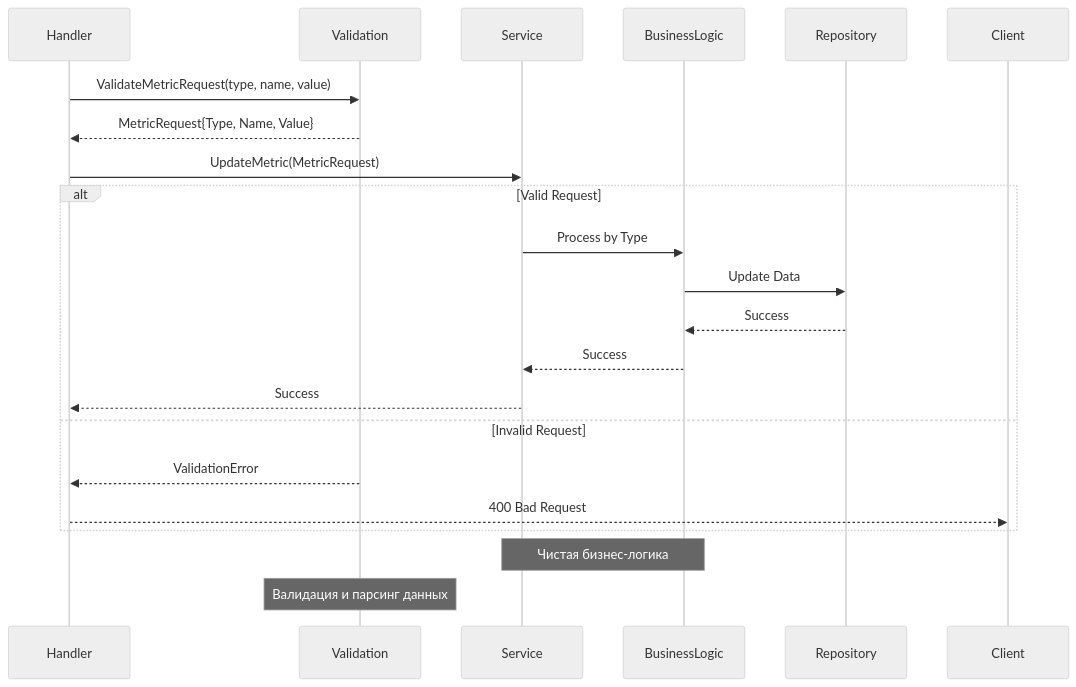
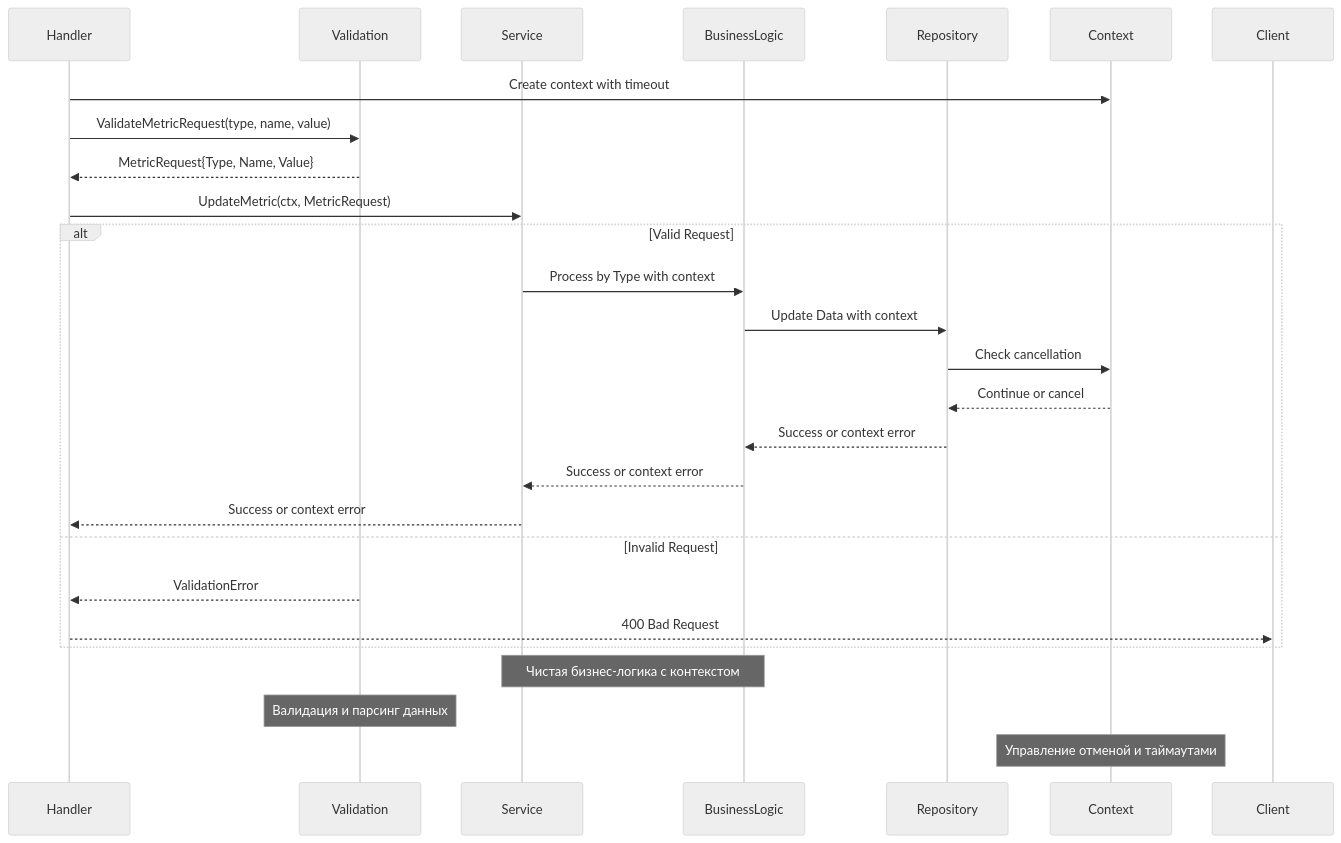
One commit to IgorKilipenko/metrical changed the second of 2 diagrams in internal/service/README.md. Above: the diagram before and after it, drawn with Mermaid (neutral theme). The commit also changed other lines of this file and 10 other files, not shown here.

First line of the commit message:
refactor: integrate context support into metrics handling and repository

````diff
--- a/internal/service/README.md
+++ b/internal/service/README.md
@@ -70,26 +74,31 @@
 ```mermaid
 sequenceDiagram
     participant Handler
     participant Validation
     participant Service
     participant BusinessLogic
     participant Repository
+    participant Context
     
+    Handler->>Context: Create context with timeout
     Handler->>Validation: ValidateMetricRequest(type, name, value)
     Validation-->>Handler: MetricRequest{Type, Name, Value}
-    Handler->>Service: UpdateMetric(MetricRequest)
+    Handler->>Service: UpdateMetric(ctx, MetricRequest)
     
     alt Valid Request
-        Service->>BusinessLogic: Process by Type
-        BusinessLogic->>Repository: Update Data
-        Repository-->>BusinessLogic: Success
-        BusinessLogic-->>Service: Success
-        Service-->>Handler: Success
+        Service->>BusinessLogic: Process by Type with context
+        BusinessLogic->>Repository: Update Data with context
+        Repository->>Context: Check cancellation
+        Context-->>Repository: Continue or cancel
+        Repository-->>BusinessLogic: Success or context error
+        BusinessLogic-->>Service: Success or context error
+        Service-->>Handler: Success or context error
     else Invalid Request
         Validation-->>Handler: ValidationError
         Handler-->>Client: 400 Bad Request
     end
     
-    Note over Service,BusinessLogic: Чистая бизнес-логика
+    Note over Service,BusinessLogic: Чистая бизнес-логика с контекстом
     Note over Validation: Валидация и парсинг данных
+    Note over Context: Управление отменой и таймаутами
 ```
````
